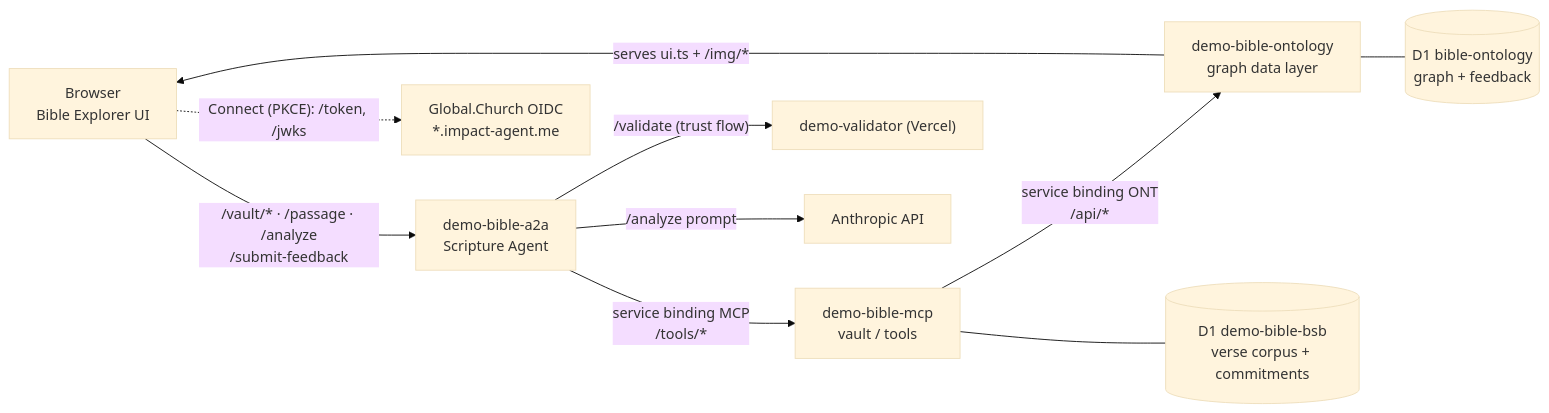
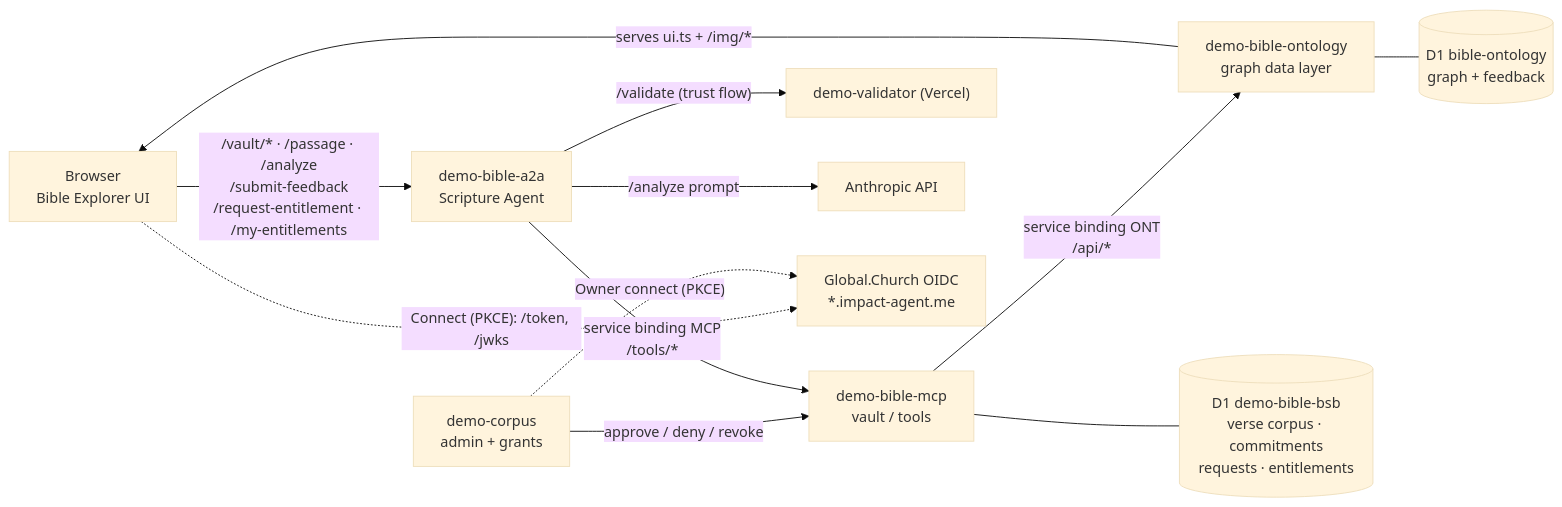
Before and after one commit to rpedersen3/verifiable-content-demo: the first of 4 diagrams in apps/demo-bible-ontology/ARCHITECTURE.md, drawn with Mermaid (base theme). The commit also changed other lines of this file and 11 other files, not shown here.

First line of the commit message:
docs: move documents/ → docs/ + refresh architecture notes

````diff
--- a/apps/demo-bible-ontology/ARCHITECTURE.md
+++ b/apps/demo-bible-ontology/ARCHITECTURE.md
@@ -31,22 +42,25 @@
 ```mermaid
 flowchart LR
   B["Browser<br/>Bible Explorer UI"]
   A["demo-bible-a2a<br/>Scripture Agent"]
   M["demo-bible-mcp<br/>vault / tools"]
+  C["demo-corpus<br/>admin + grants"]
   O["demo-bible-ontology<br/>graph data layer"]
   D1O[("D1 bible-ontology<br/>graph + feedback")]
-  D1M[("D1 demo-bible-bsb<br/>verse corpus + commitments")]
+  D1M[("D1 demo-bible-bsb<br/>verse corpus · commitments<br/>requests · entitlements")]
   V["demo-validator (Vercel)"]
   LLM["Anthropic API"]
   ID["Global.Church OIDC<br/>*.impact-agent.me"]
 
-  B -- "/vault/* · /passage · /analyze<br/>/submit-feedback" --> A
+  B -- "/vault/* · /passage · /analyze<br/>/submit-feedback<br/>/request-entitlement · /my-entitlements" --> A
   B -. "Connect (PKCE): /token, /jwks" .-> ID
+  C -. "Owner connect (PKCE)" .-> ID
+  C -- "approve / deny / revoke" --> M
   A -- "service binding MCP<br/>/tools/*" --> M
   A -- "/validate (trust flow)" --> V
   A -- "/analyze prompt" --> LLM
   M -- "service binding ONT<br/>/api/*" --> O
   O --- D1O
   M --- D1M
   O -- "serves ui.ts + /img/*" --> B
 ```
````
